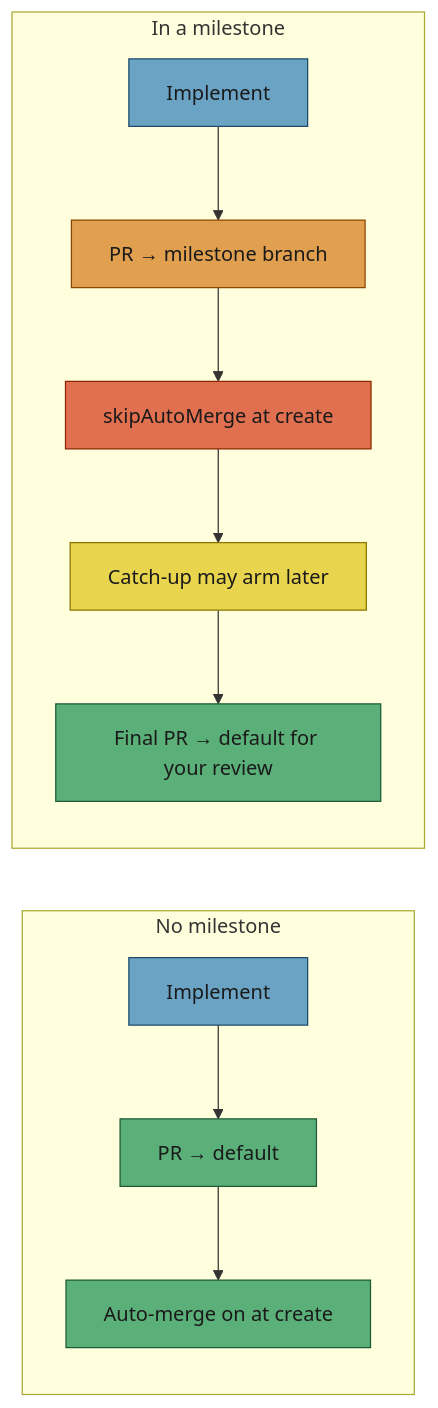
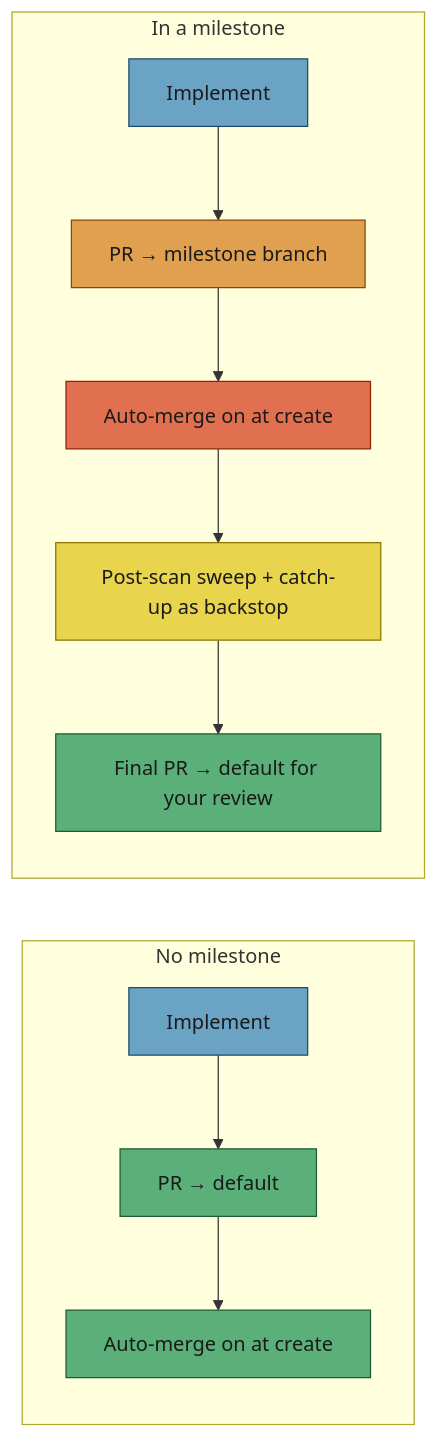
One commit to stSoftwareAU/VibeCoder changed the sixth of 6 diagrams in docs/workflows/label-flows.md. Above: the diagram before and after it, drawn with Mermaid. The commit also changed other lines of this file and 7 other files, not shown here.

````diff
--- a/docs/workflows/label-flows.md
+++ b/docs/workflows/label-flows.md
@@ -281,21 +281,21 @@
 ```mermaid
 flowchart LR
   subgraph single [No milestone]
     S1["Implement"] --> S2["PR → default"]
     S2 --> S3["Auto-merge on at create"]
   end
   subgraph mile [In a milestone]
     M1["Implement"] --> M2["PR → milestone branch"]
-    M2 --> M3["skipAutoMerge at create"]
-    M3 --> M4["Catch-up may arm later"]
+    M2 --> M3["Auto-merge on at create"]
+    M3 --> M4["Post-scan sweep + catch-up as backstop"]
     M4 --> M5["Final PR → default for your review"]
   end
   style S1 fill:#6ba3c4,stroke:#1d4a6a,color:#1a1a1a
   style S2 fill:#5ab078,stroke:#1d5a35,color:#1a1a1a
   style S3 fill:#5ab078,stroke:#1d5a35,color:#1a1a1a
   style M1 fill:#6ba3c4,stroke:#1d4a6a,color:#1a1a1a
   style M2 fill:#e0a050,stroke:#8b4500,color:#1a1a1a
   style M3 fill:#e07050,stroke:#8b2500,color:#1a1a1a
   style M4 fill:#e8d44d,stroke:#8b7500,color:#1a1a1a
   style M5 fill:#5ab078,stroke:#1d5a35,color:#1a1a1a
 ```
````
